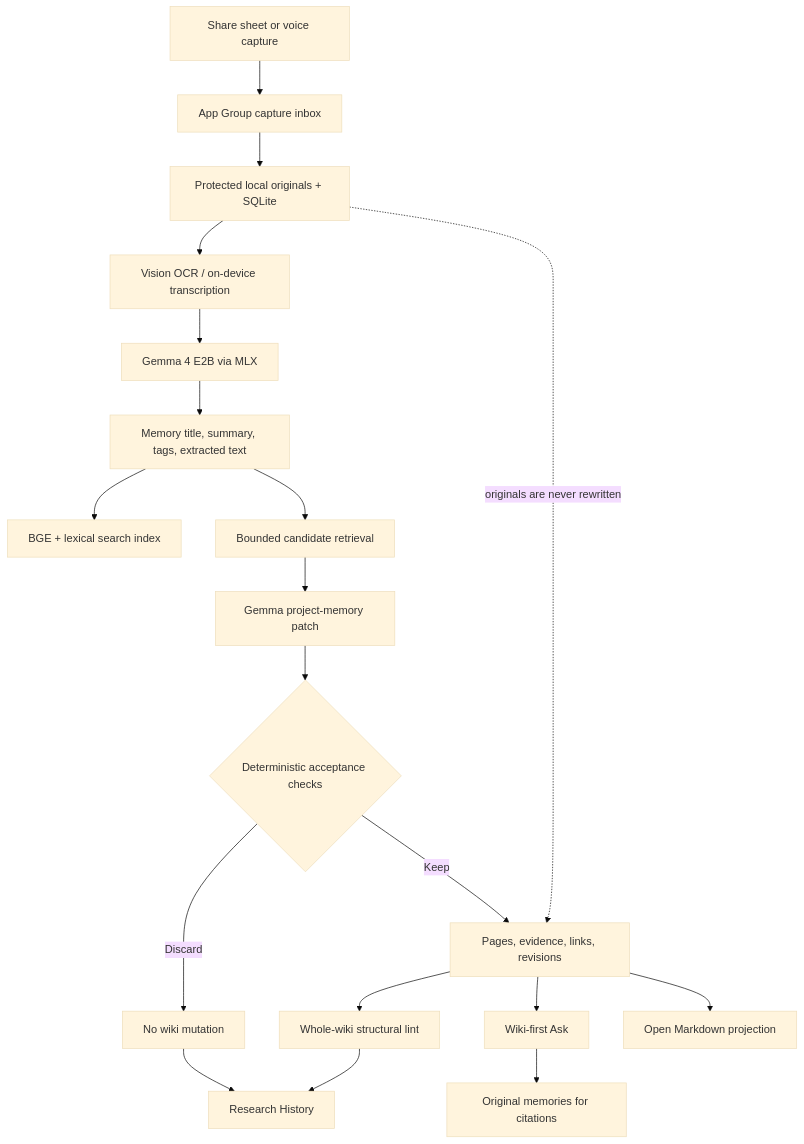
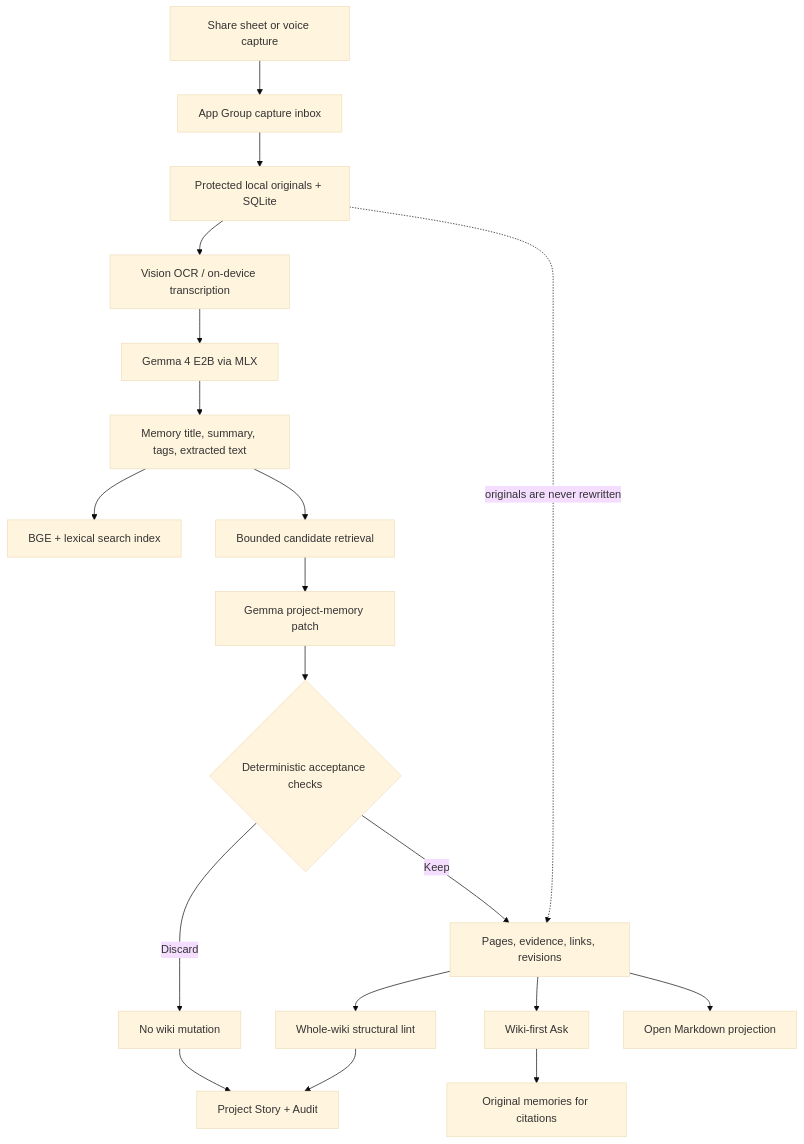
The diagram in readme.md (Aaryan126/Remember-Gemini-Hackathon), drawn with Mermaid (base theme) before and after one commit. The commit also changed other lines of this file and 10 other files, not shown here.

````diff
--- a/readme.md
+++ b/readme.md
@@ -32,21 +32,21 @@
 ```mermaid
 flowchart TD
     A[Share sheet or voice capture] --> B[App Group capture inbox]
     B --> C[Protected local originals + SQLite]
     C --> D[Vision OCR / on-device transcription]
     D --> E[Gemma 4 E2B via MLX]
     E --> F[Memory title, summary, tags, extracted text]
     F --> G[BGE + lexical search index]
     F --> H[Bounded candidate retrieval]
     H --> I[Gemma project-memory patch]
     I --> J{Deterministic acceptance checks}
     J -->|Keep| K[Pages, evidence, links, revisions]
     J -->|Discard| L[No wiki mutation]
     K --> M[Whole-wiki structural lint]
-    L --> N[Research History]
+    L --> N[Project Story + Audit]
     M --> N
     K --> O[Wiki-first Ask]
     O --> P[Original memories for citations]
     K --> Q[Open Markdown projection]
     C -. originals are never rewritten .-> K
 ```
````
